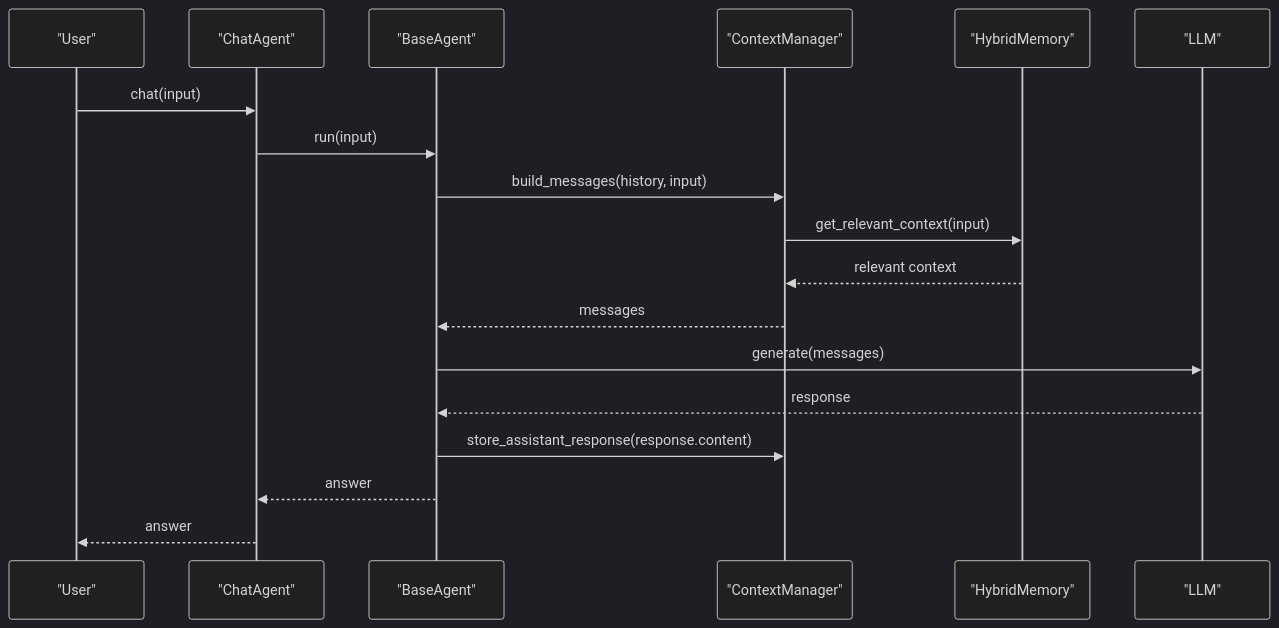
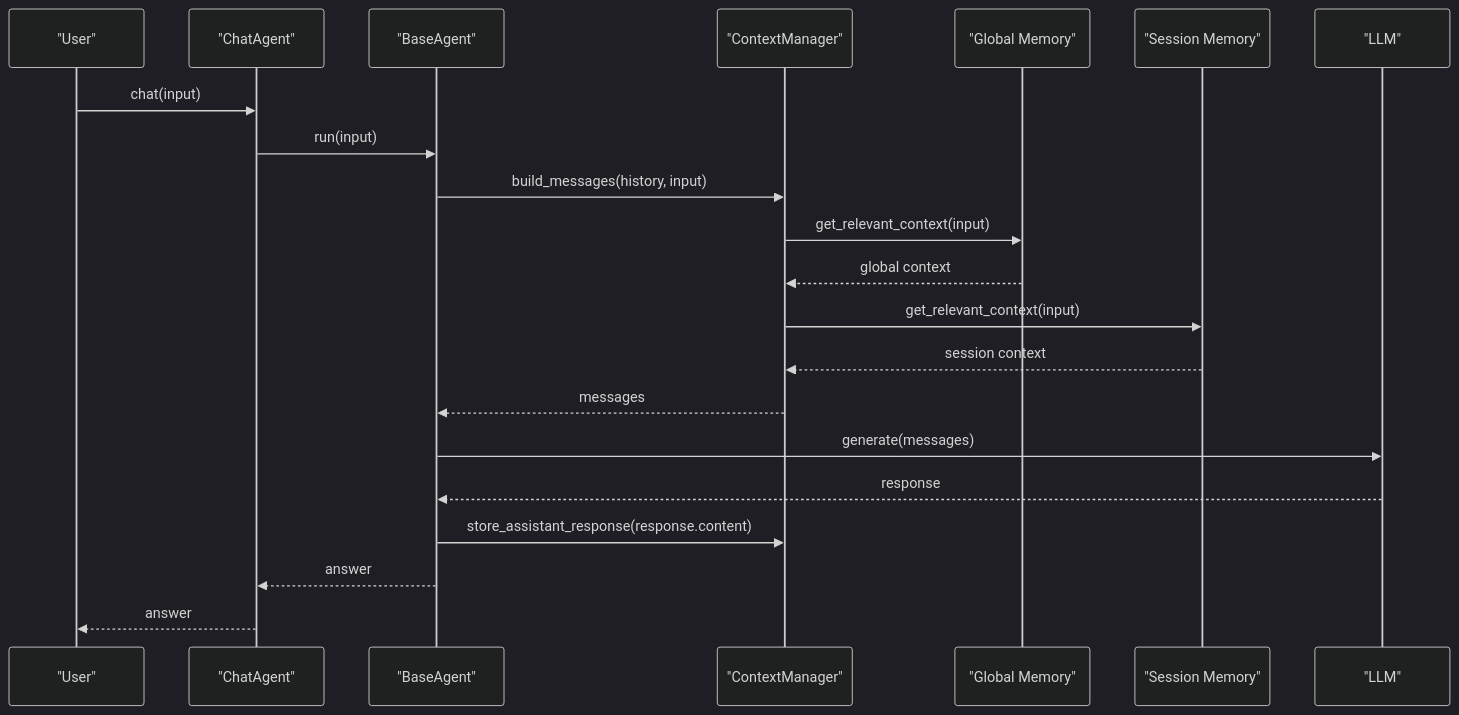
One commit to 1996Paul-Wen/HarnessAIDemo changed the fifth of 7 diagrams in .qoder/repowiki/en/content/Advanced Features/Session Management.md. Above: the diagram before and after it, drawn with Mermaid (dark theme). The commit also changed other lines of this file and 4 other files, not shown here.

````diff
--- a/.qoder/repowiki/en/content/Advanced Features/Session Management.md
+++ b/.qoder/repowiki/en/content/Advanced Features/Session Management.md
@@ -233,20 +270,23 @@
 ```mermaid
 sequenceDiagram
 participant U as "User"
 participant A as "ChatAgent"
 participant B as "BaseAgent"
 participant C as "ContextManager"
-participant M as "HybridMemory"
+participant GM as "Global Memory"
+participant SMem as "Session Memory"
 participant L as "LLM"
 U->>A : chat(input)
 A->>B : run(input)
 B->>C : build_messages(history, input)
-C->>M : get_relevant_context(input)
-M-->>C : relevant context
+C->>GM : get_relevant_context(input)
+GM-->>C : global context
+C->>SMem : get_relevant_context(input)
+SMem-->>C : session context
 C-->>B : messages
 B->>L : generate(messages)
 L-->>B : response
 B->>C : store_assistant_response(response.content)
 B-->>A : answer
 A-->>U : answer
 ```
````
